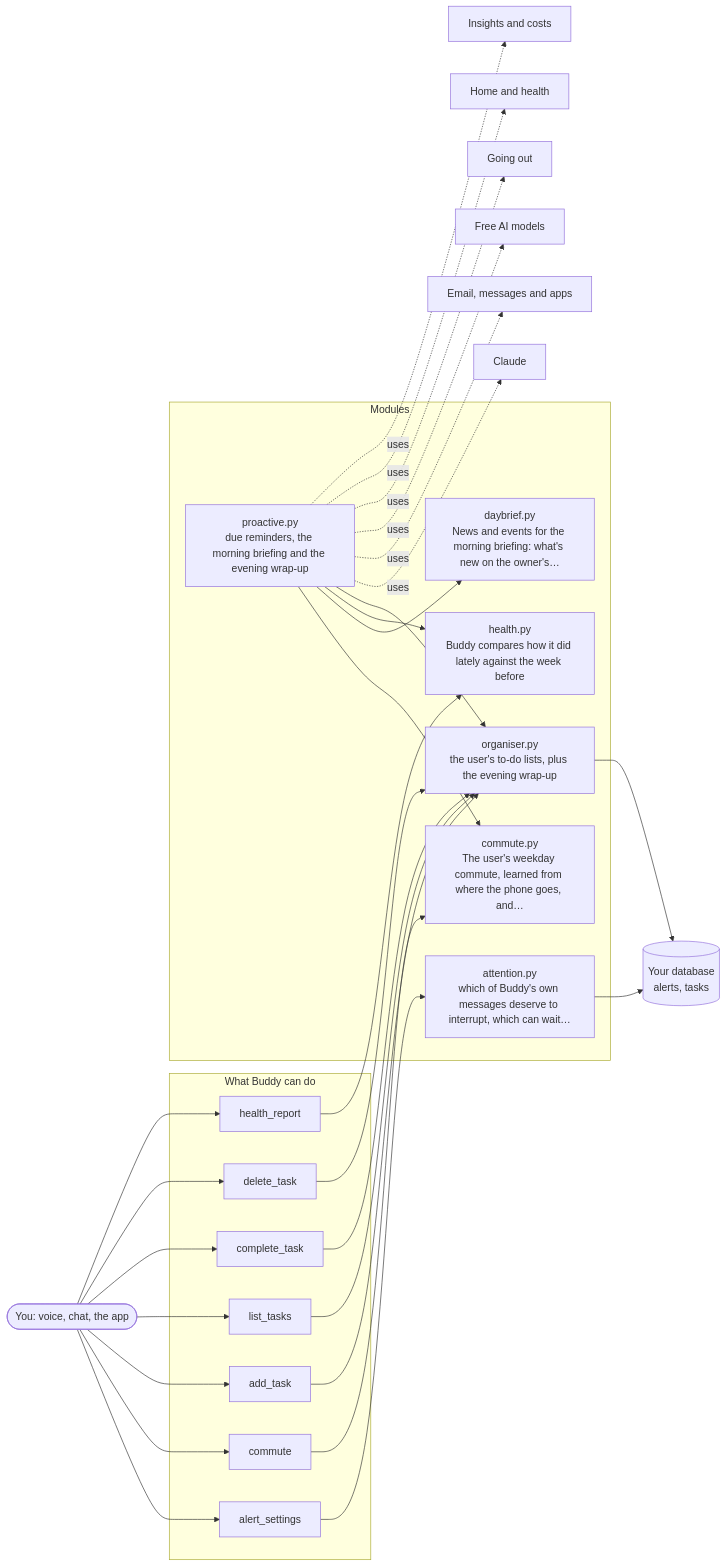
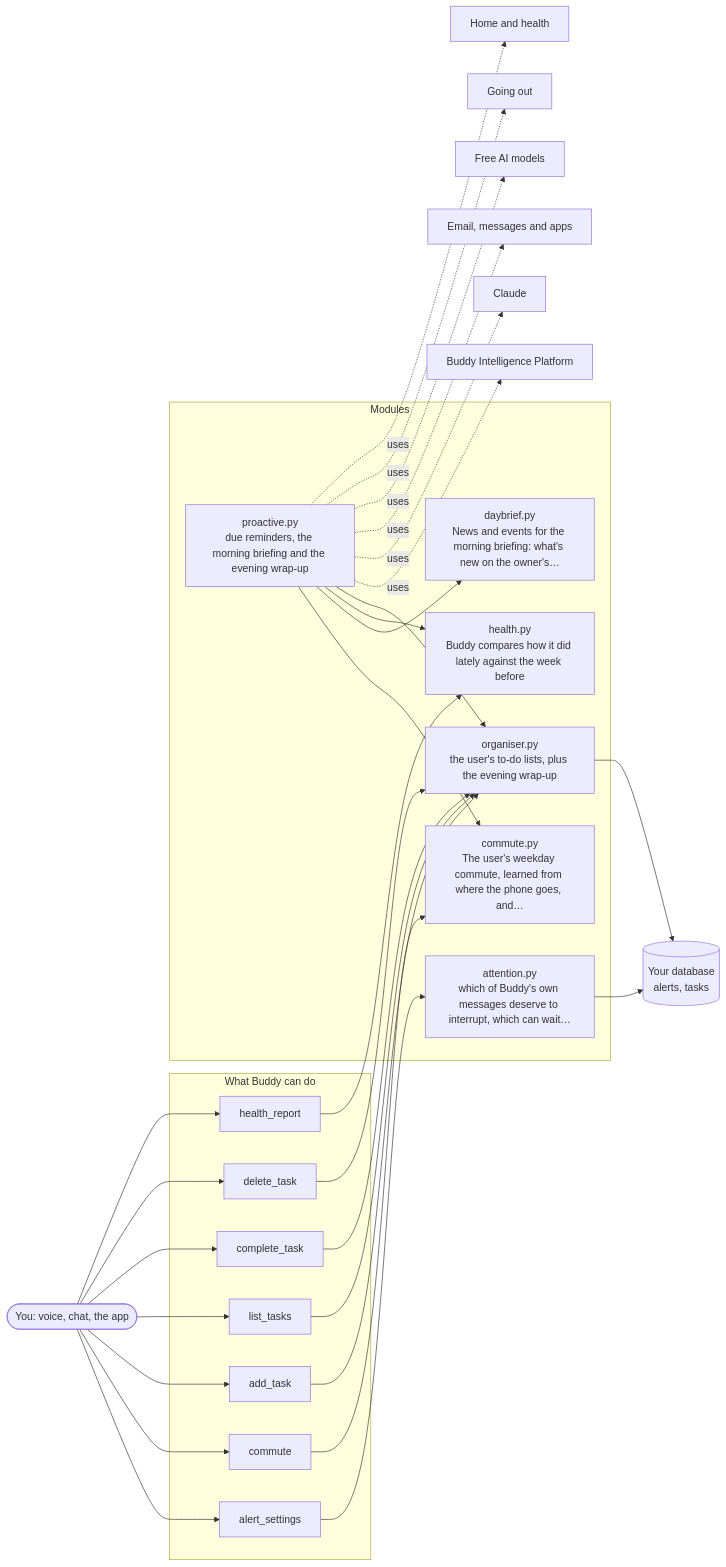
Before and after one commit to aneesh304810/BuddyAgent: the diagram in docs/architecture/07-speaking-up-on-its-own.md, drawn with Mermaid. The commit also changed other lines of this file and 29 other files, not shown here.

First line of the commit message:
Buddy Intelligence Platform: public evidence on emerging technologies, convergence and stages

````diff
--- a/docs/architecture/07-speaking-up-on-its-own.md
+++ b/docs/architecture/07-speaking-up-on-its-own.md
@@ -7,54 +7,54 @@
 ```mermaid
 flowchart LR
     you(["You: voice, chat, the app"])
     subgraph Tools["What Buddy can do"]
         t_alert_settings["alert_settings"]
         t_commute["commute"]
         t_add_task["add_task"]
         t_list_tasks["list_tasks"]
         t_complete_task["complete_task"]
         t_delete_task["delete_task"]
         t_health_report["health_report"]
     end
     subgraph Modules["Modules"]
         proactive_py["proactive.py<br/>due reminders, the morning briefing and the evening wrap-up"]
         attention_py["attention.py<br/>which of Buddy's own messages deserve to interrupt, which can wait…"]
         daybrief_py["daybrief.py<br/>News and events for the morning briefing: what's new on the owner's…"]
         commute_py["commute.py<br/>The user's weekday commute, learned from where the phone goes, and…"]
         organiser_py["organiser.py<br/>the user's to-do lists, plus the evening wrap-up"]
         health_py["health.py<br/>Buddy compares how it did lately against the week before"]
     end
     you --> t_alert_settings
     t_alert_settings --> attention_py
     you --> t_commute
     t_commute --> commute_py
     you --> t_add_task
     t_add_task --> organiser_py
     you --> t_list_tasks
     t_list_tasks --> organiser_py
     you --> t_complete_task
     t_complete_task --> organiser_py
     you --> t_delete_task
     t_delete_task --> organiser_py
     you --> t_health_report
     t_health_report --> health_py
     proactive_py --> commute_py
     proactive_py --> daybrief_py
     proactive_py --> health_py
     proactive_py --> organiser_py
     db[("Your database<br/>alerts, tasks")]
     attention_py --> db
     organiser_py --> db
-    o_0["Claude"]
+    o_0["Buddy Intelligence Platform"]
     proactive_py -. uses .-> o_0
-    o_1["Email, messages and apps"]
+    o_1["Claude"]
     proactive_py -. uses .-> o_1
-    o_2["Free AI models"]
+    o_2["Email, messages and apps"]
     proactive_py -. uses .-> o_2
-    o_3["Going out"]
+    o_3["Free AI models"]
     proactive_py -. uses .-> o_3
-    o_4["Home and health"]
+    o_4["Going out"]
     proactive_py -. uses .-> o_4
-    o_5["Insights and costs"]
+    o_5["Home and health"]
     proactive_py -. uses .-> o_5
 ```
````
